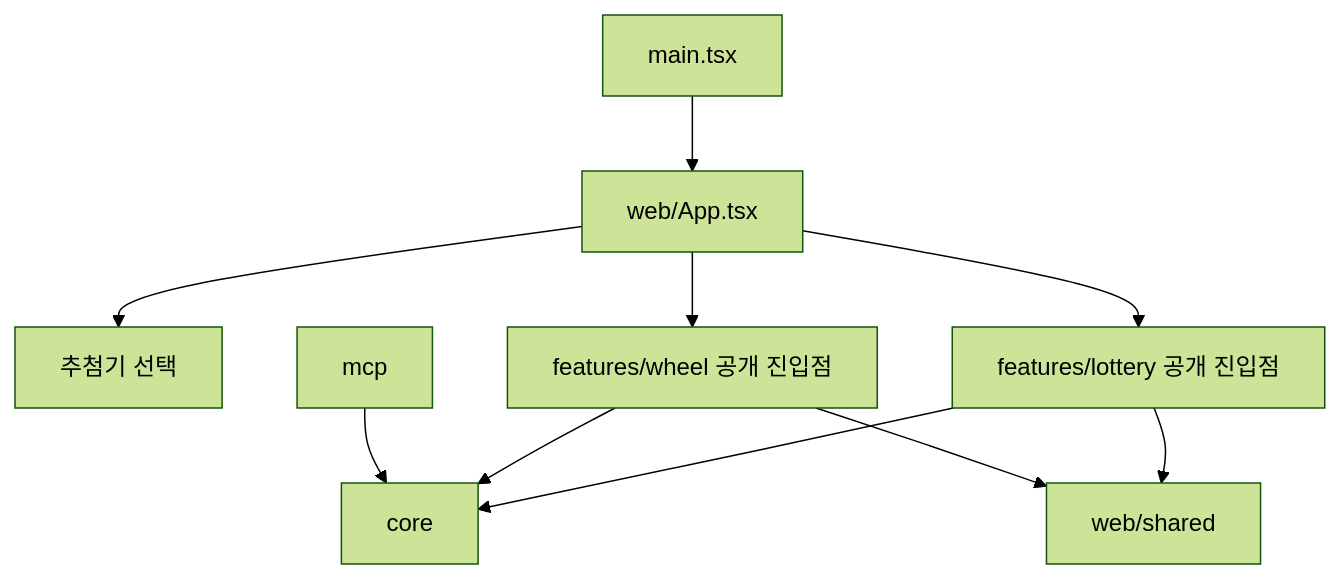
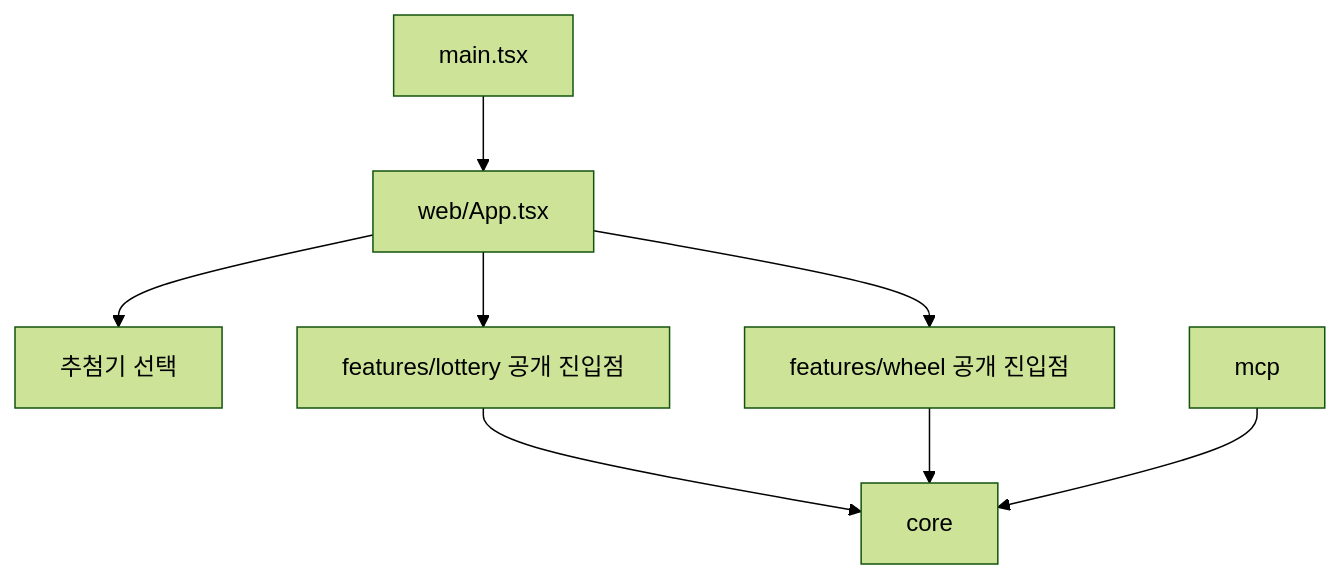
Before and after one commit to tinywolf/roulette: the first of 2 diagrams in docs/feature/wheel-draw/SPEC.md, drawn with Mermaid (forest theme). The commit also changed other lines of this file and 70 other files, not shown here.

````diff
--- a/docs/feature/wheel-draw/SPEC.md
+++ b/docs/feature/wheel-draw/SPEC.md
@@ -72,14 +72,11 @@
 ```mermaid
 flowchart TD
     Main["main.tsx"] --> Shell["web/App.tsx"]
     Shell --> Selector["추첨기 선택"]
     Shell --> LotteryEntry["features/lottery 공개 진입점"]
     Shell --> WheelEntry["features/wheel 공개 진입점"]
 
     LotteryEntry --> Core["core"]
     WheelEntry --> Core
-    LotteryEntry --> Shared["web/shared"]
-    WheelEntry --> Shared
-
     Mcp["mcp"] --> Core
 ```
````
